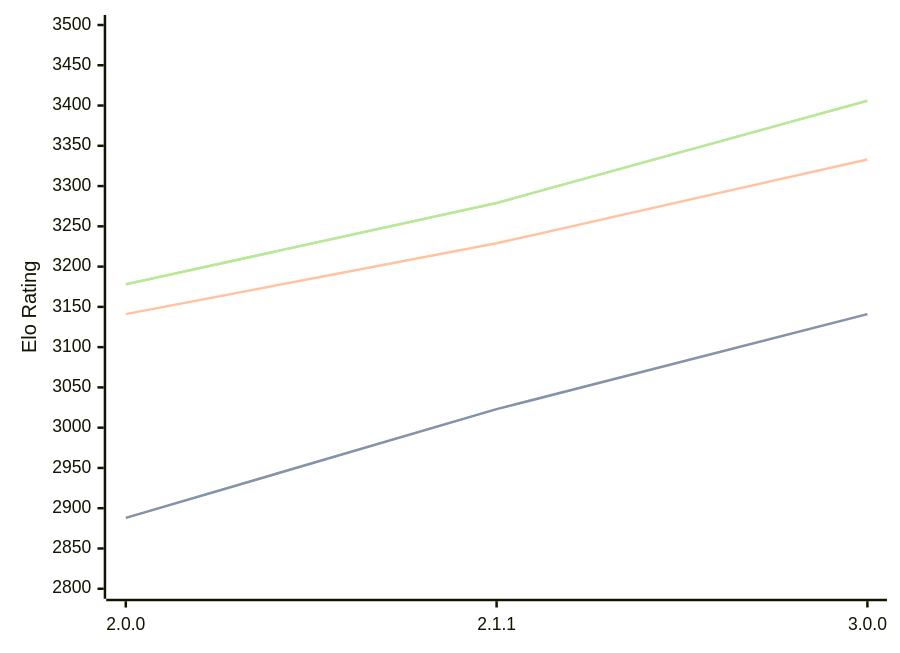
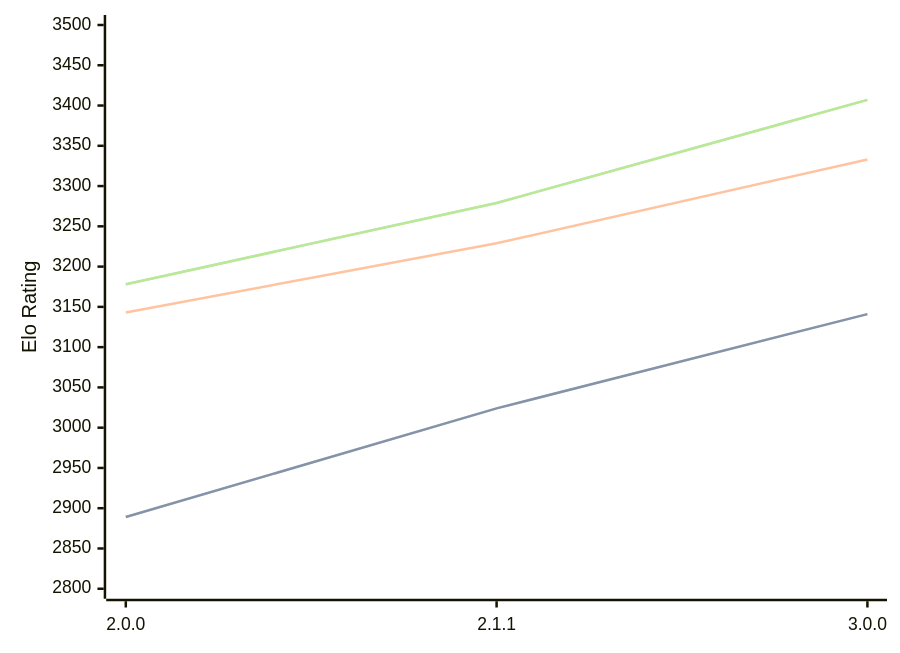
Before and after one commit to computer-chess-index/cci: the diagram in engines/Bread.md, drawn with Mermaid. The commit also changed other lines of this file, not shown here.

Commit message:
Update CCI Ratings (ELO VLTC) - 2026-04-01

````diff
--- a/engines/Bread.md
+++ b/engines/Bread.md
@@ -51,11 +51,11 @@
 ```mermaid
 %%{init: {"theme":"base","themeVariables":{"seriesColors:['#a3a3a3','#222221','#faa371']}}}%%
 xychart-beta
   x-axis ["2.0.0", "2.1.1", "3.0.0"]
   y-axis "Elo Rating" 2800 --> 3500
-  line "STC (8.0+0.08s)" [2888, 3023, 3141]
-  line "STC (8.0+0.08s)" [2888, 3023, 3141]
-  line "LTC (60.0+0.60s)" [3141, 3229, 3333]
-  line "VLTC (2m24s+1.12s)" [3178, 3279, 3406]
-  line "VLTC (2m24s+1.12s)" [3178, 3279, 3406]
+  line "STC (8.0+0.08s)" [2889, 3024, 3141]
+  line "STC (8.0+0.08s)" [2889, 3024, 3141]
+  line "LTC (60.0+0.60s)" [3143, 3229, 3333]
+  line "VLTC (2m24s+1.12s)" [3178, 3279, 3407]
+  line "VLTC (2m24s+1.12s)" [3178, 3279, 3407]
 ```
````
